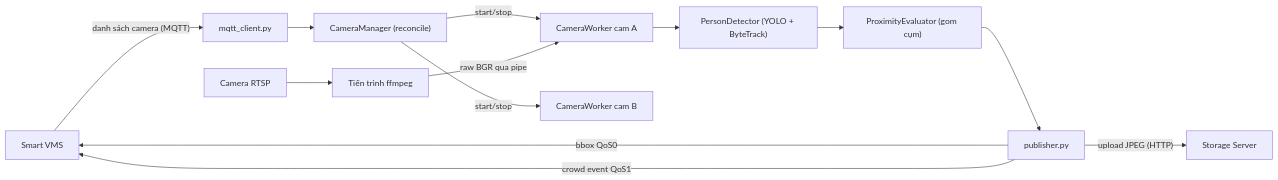
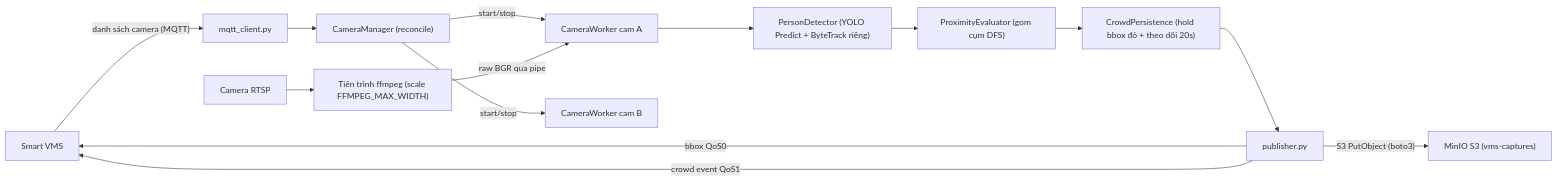
Before and after one commit to SweetLove1643/crowd_detection: the first of 2 diagrams in PROJECT_REPORT.md, drawn with Mermaid. The commit also changed other lines of this file and 3 other files, not shown here.

Commit message:
change scale resize in ffmpeg, leave tracker out GPU lock

````diff
--- a/PROJECT_REPORT.md
+++ b/PROJECT_REPORT.md
@@ -96,15 +102,16 @@
 ```mermaid
 flowchart LR
     VMS["Smart VMS"] -- "danh sách camera (MQTT)" --> MQ["mqtt_client.py"]
     MQ --> CM["CameraManager (reconcile)"]
     CM -- "start/stop" --> W1["CameraWorker cam A"]
     CM -- "start/stop" --> W2["CameraWorker cam B"]
-    CAM["Camera RTSP"] --> FF["Tiến trình ffmpeg"]
+    CAM["Camera RTSP"] --> FF["Tiến trình ffmpeg (scale FFMPEG_MAX_WIDTH)"]
     FF -- "raw BGR qua pipe" --> W1
-    W1 --> DET["PersonDetector (YOLO + ByteTrack)"]
-    DET --> AN["ProximityEvaluator (gom cụm)"]
-    AN --> PUB["publisher.py"]
+    W1 --> DET["PersonDetector (YOLO Predict + ByteTrack riêng)"]
+    DET --> AN["ProximityEvaluator (gom cụm DFS)"]
+    AN --> HOLD["CrowdPersistence (hold bbox đỏ + theo dõi 20s)"]
+    HOLD --> PUB["publisher.py"]
     PUB -- "bbox QoS0" --> VMS
-    PUB -- "upload JPEG (HTTP)" --> ST["Storage Server"]
+    PUB -- "S3 PutObject (boto3)" --> S3["MinIO S3 (vms-captures)"]
     PUB -- "crowd event QoS1" --> VMS
 ```
````
